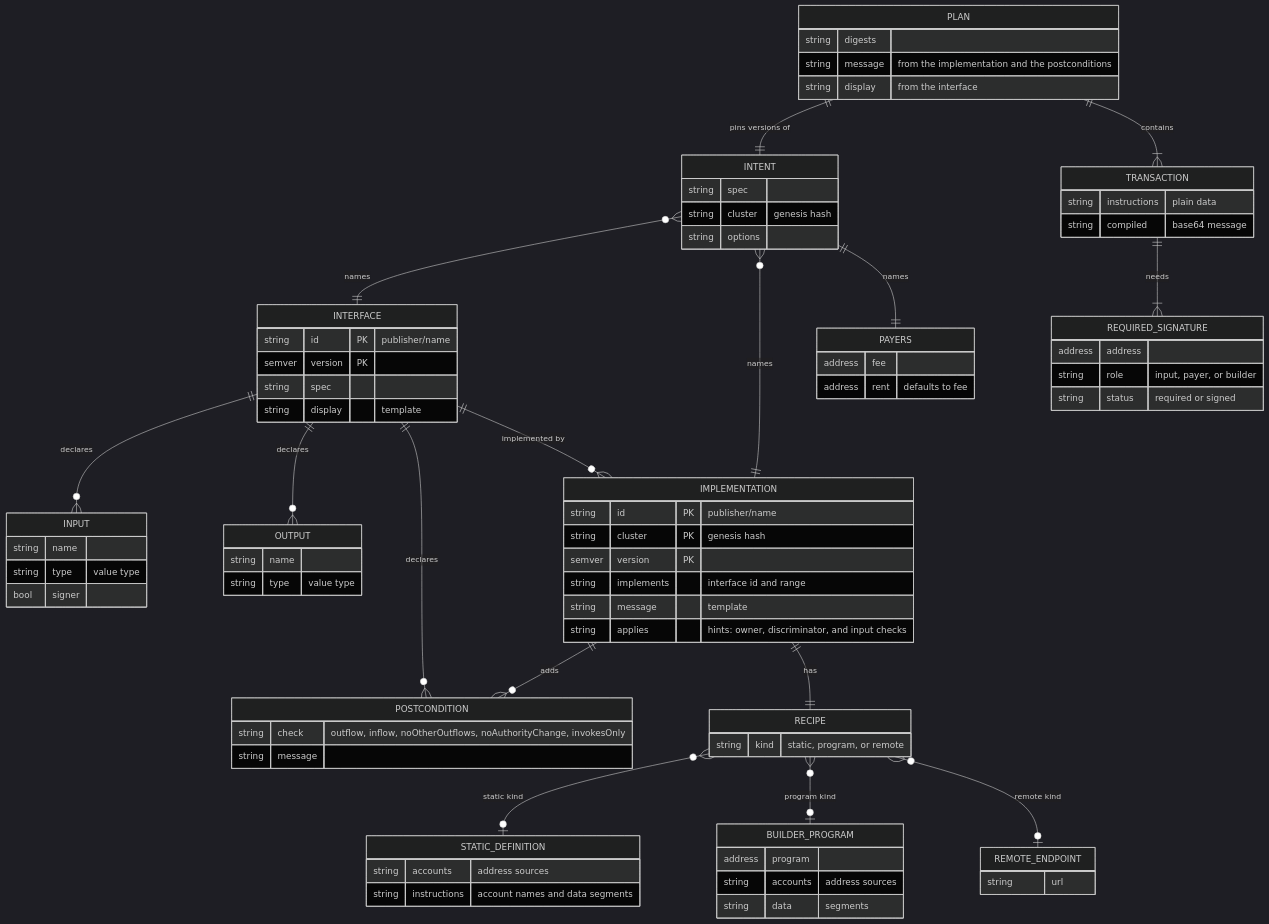
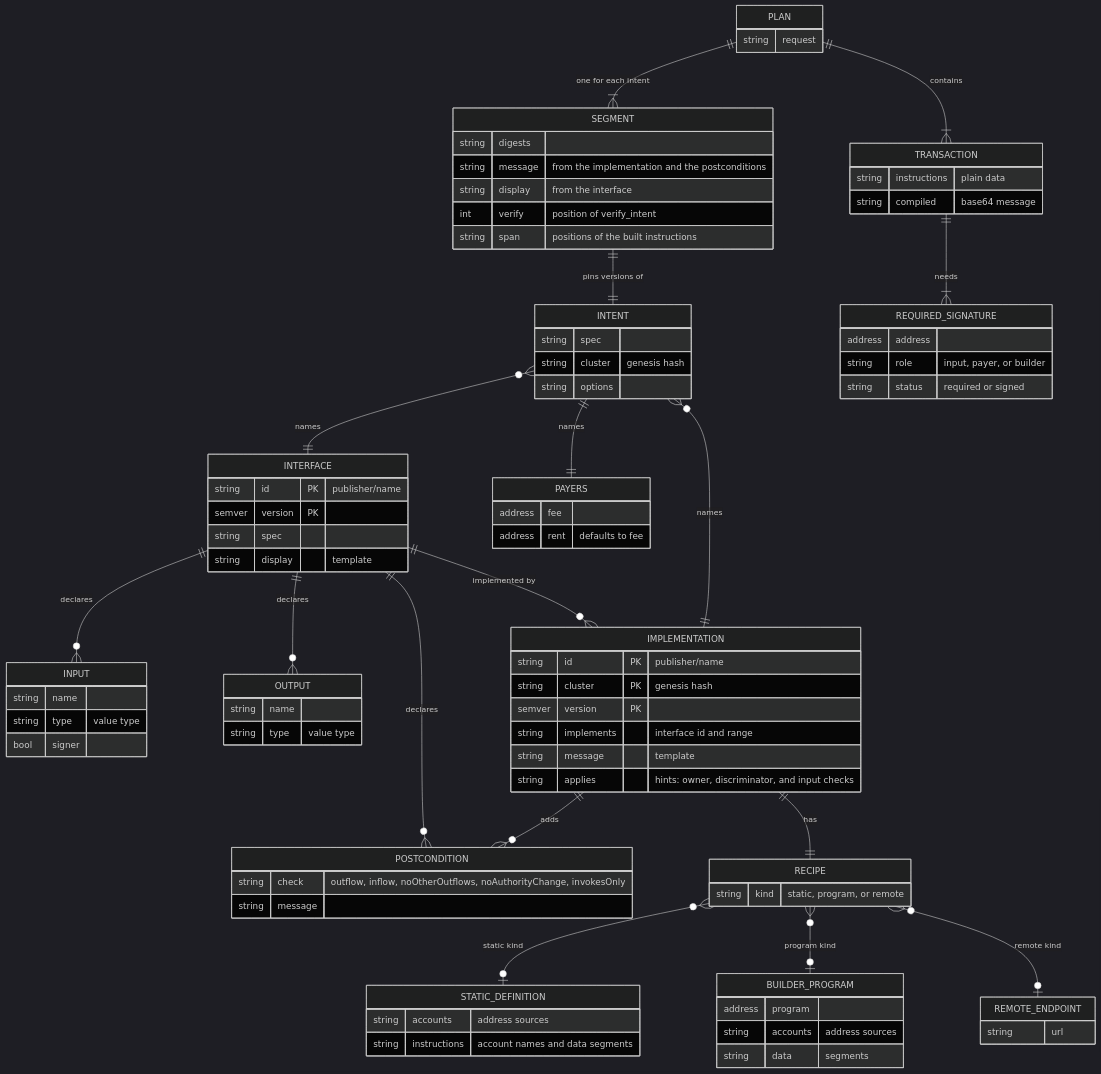
The first of 2 diagrams in packages/sdp-intents/DESIGN.md (solana-foundation/solana-developer-platform), drawn with Mermaid (dark theme) before and after one commit. The commit also changed other lines of this file, not shown here.

First line of the commit message:
docs(intents): describe plans of intents and verify_intent spans

```diff
--- a/packages/sdp-intents/DESIGN.md
+++ b/packages/sdp-intents/DESIGN.md
@@ -345,7 +369,8 @@
   INTENT }o--|| INTERFACE : names
   INTENT }o--|| IMPLEMENTATION : names
   INTENT ||--|| PAYERS : names
-  PLAN ||--|| INTENT : "pins versions of"
+  PLAN ||--|{ SEGMENT : "one for each intent"
+  SEGMENT ||--|| INTENT : "pins versions of"
   PLAN ||--|{ TRANSACTION : contains
   TRANSACTION ||--|{ REQUIRED_SIGNATURE : needs
 
@@ -401,9 +426,14 @@
     address rent "defaults to fee"
   }
   PLAN {
+    string request
+  }
+  SEGMENT {
     string digests
     string message "from the implementation and the postconditions"
     string display "from the interface"
+    int verify "position of verify_intent"
+    string span "positions of the built instructions"
   }
   TRANSACTION {
     string instructions "plain data"
```
